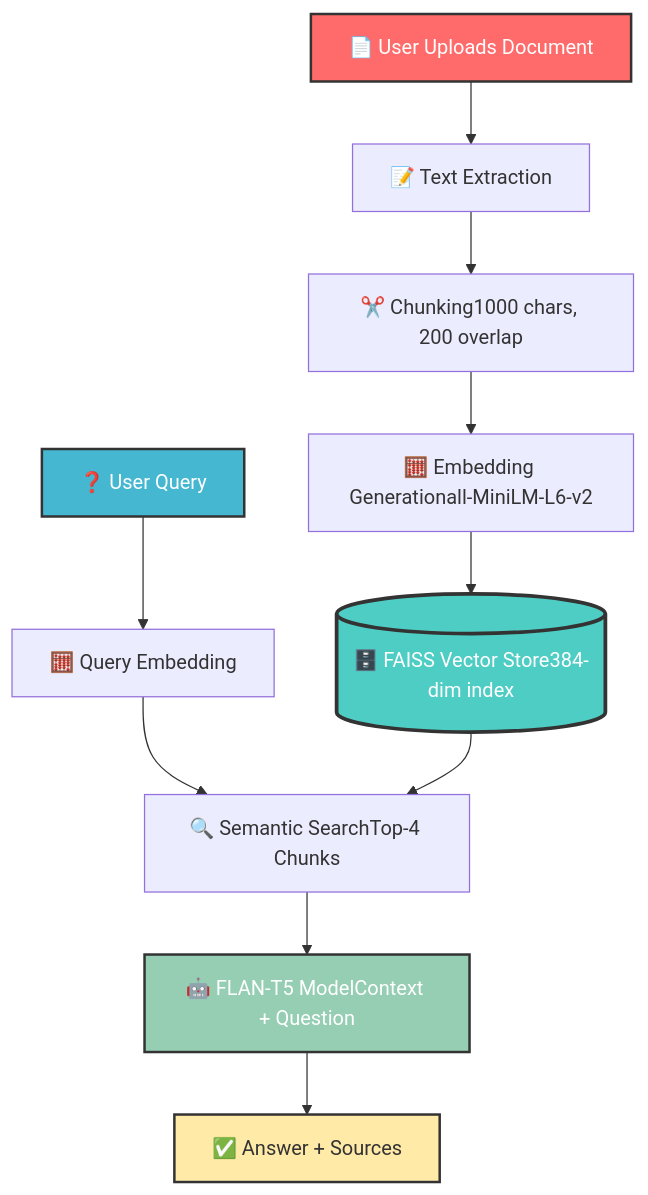
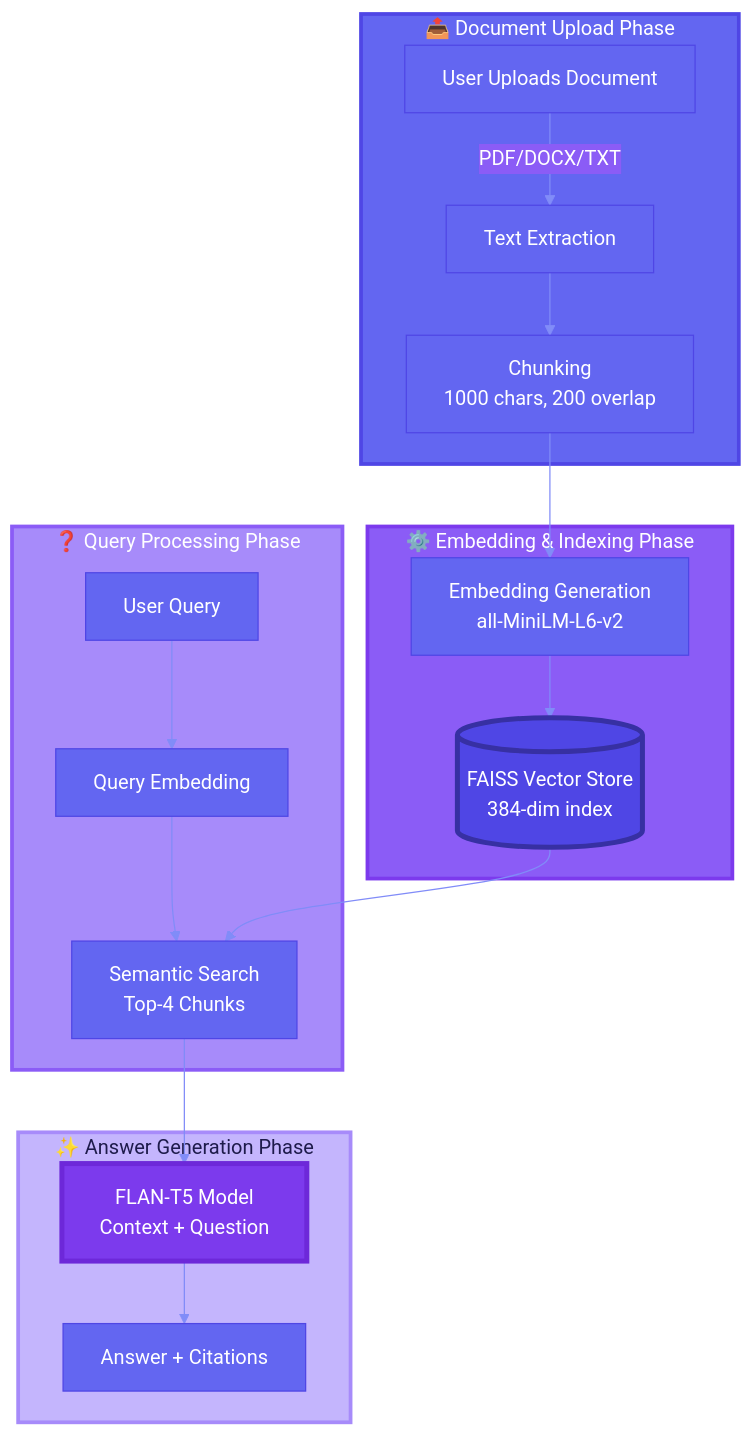
One commit to 24pwai0032-gif/rag-document-chat changed the second of 3 diagrams in README.md. Above: the diagram before and after it, drawn with Mermaid. The commit also changed other lines of this file, not shown here.

````diff
--- a/README.md
+++ b/README.md
@@ -246,19 +437,32 @@
 ```mermaid
+%%{init: {'theme':'base', 'themeVariables': { 'primaryColor':'#6366f1','primaryTextColor':'#fff','primaryBorderColor':'#4f46e5','lineColor':'#818cf8','secondaryColor':'#8b5cf6','tertiaryColor':'#a78bfa','background':'#1e1b4b','fontSize':'16px','fontFamily':'arial'}}}%%
+
 flowchart TB
-    A[📄 User Uploads Document] --> B[📝 Text Extraction]
-    B --> C[✂️ Chunking1000 chars, 200 overlap]
-    C --> D[🧮 Embedding Generationall-MiniLM-L6-v2]
-    D --> E[(🗄️ FAISS Vector Store384-dim index)]
+    subgraph Upload["📤 Document Upload Phase"]
+        A[User Uploads Document] -->|PDF/DOCX/TXT| B[Text Extraction]
+        B --> C[Chunking<br/>1000 chars, 200 overlap]
+    end
     
-    F[❓ User Query] --> G[🧮 Query Embedding]
-    G --> H[🔍 Semantic SearchTop-4 Chunks]
-    E --> H
-    H --> I[🤖 FLAN-T5 ModelContext + Question]
-    I --> J[✅ Answer + Sources]
+    subgraph Processing["⚙️ Embedding & Indexing Phase"]
+        C --> D[Embedding Generation<br/>all-MiniLM-L6-v2]
+        D --> E[(FAISS Vector Store<br/>384-dim index)]
+    end
     
-    style A fill:#FF6B6B,stroke:#333,stroke-width:2px,color:#fff
-    style E fill:#4ECDC4,stroke:#333,stroke-width:3px,color:#fff
-    style F fill:#45B7D1,stroke:#333,stroke-width:2px,color:#fff
-    style I fill:#96CEB4,stroke:#333,stroke-width:2px,color:#fff
-    style J fill:#FFEAA7,stroke:#333,stroke-width:2px,color:#333
+    subgraph Query["❓ Query Processing Phase"]
+        F[User Query] --> G[Query Embedding]
+        G --> H[Semantic Search<br/>Top-4 Chunks]
+        E --> H
+    end
+    
+    subgraph Response["✨ Answer Generation Phase"]
+        H --> I[FLAN-T5 Model<br/>Context + Question]
+        I --> J[Answer + Citations]
+    end
+    
+    style Upload fill:#6366f1,stroke:#4f46e5,stroke-width:3px,color:#fff
+    style Processing fill:#8b5cf6,stroke:#7c3aed,stroke-width:3px,color:#fff
+    style Query fill:#a78bfa,stroke:#8b5cf6,stroke-width:3px,color:#fff
+    style Response fill:#c4b5fd,stroke:#a78bfa,stroke-width:3px,color:#1e1b4b
+    style E fill:#4f46e5,stroke:#3730a3,stroke-width:4px,color:#fff
+    style I fill:#7c3aed,stroke:#6d28d9,stroke-width:4px,color:#fff
 ```
````
